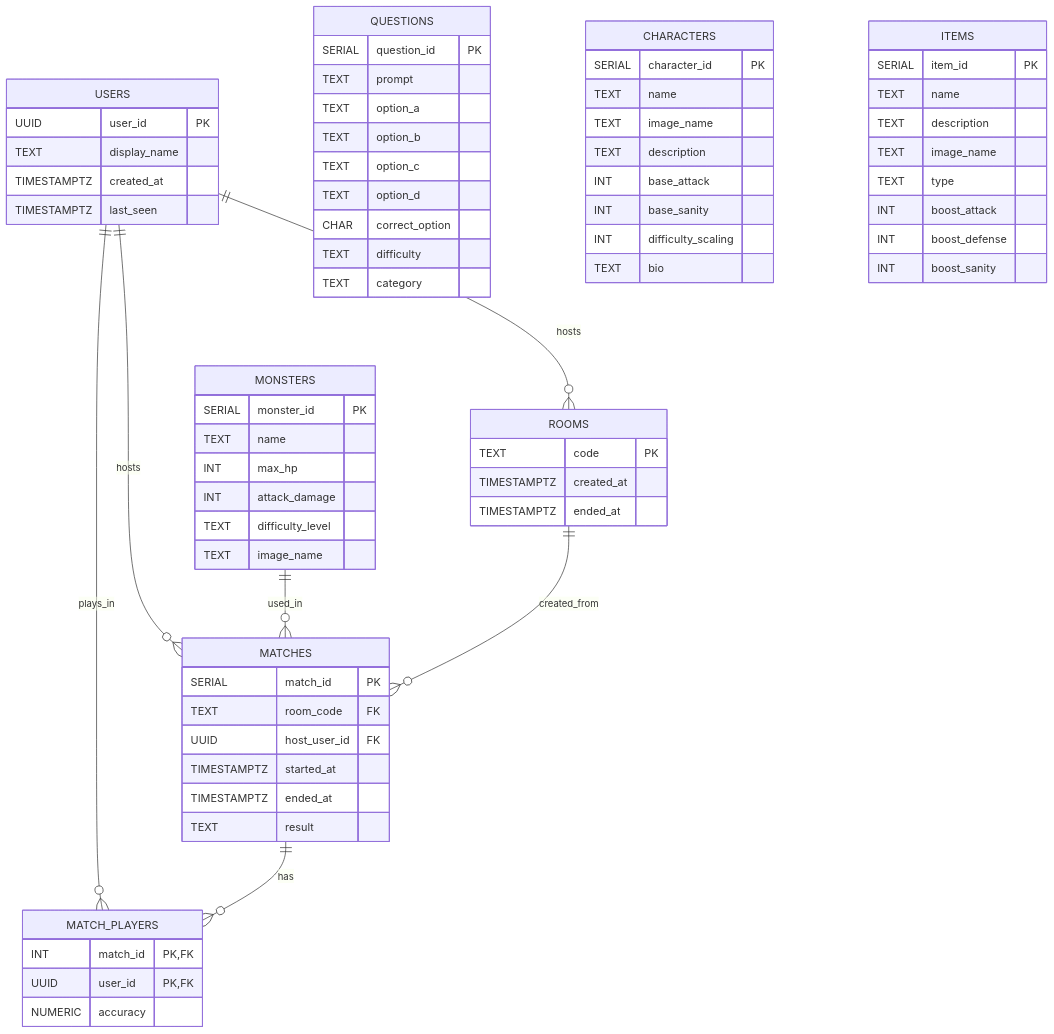
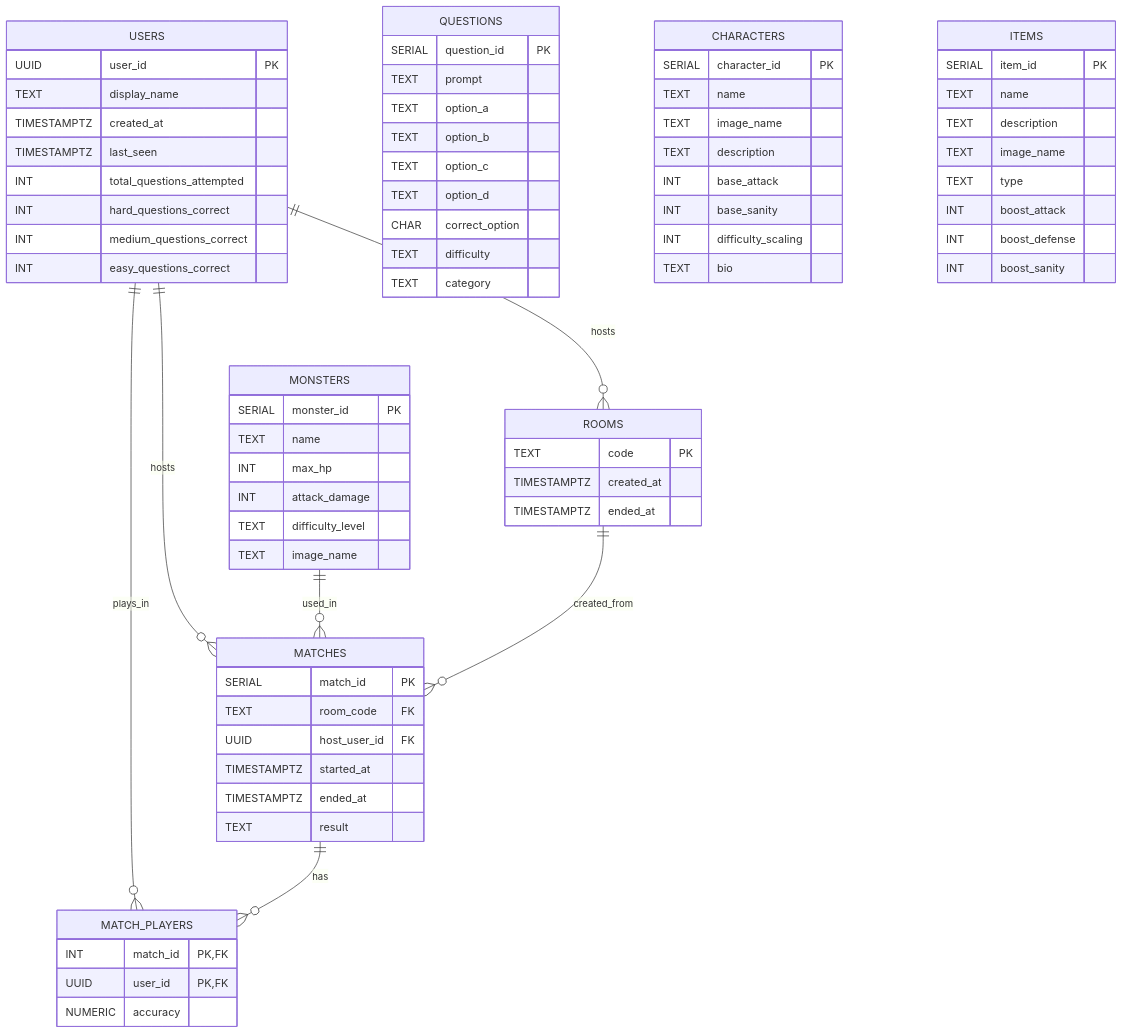
The diagram in docs/planning/backend-draft.md (vertigo1919/eldritch-backend), drawn with Mermaid before and after one commit.

```diff
--- a/docs/planning/backend-draft.md
+++ b/docs/planning/backend-draft.md
@@ -9,6 +9,10 @@
     TEXT display_name
     TIMESTAMPTZ created_at
     TIMESTAMPTZ last_seen
+    INT total_questions_attempted
+    INT hard_questions_correct
+    INT medium_questions_correct
+    INT easy_questions_correct
   }
 
   QUESTIONS {
```
